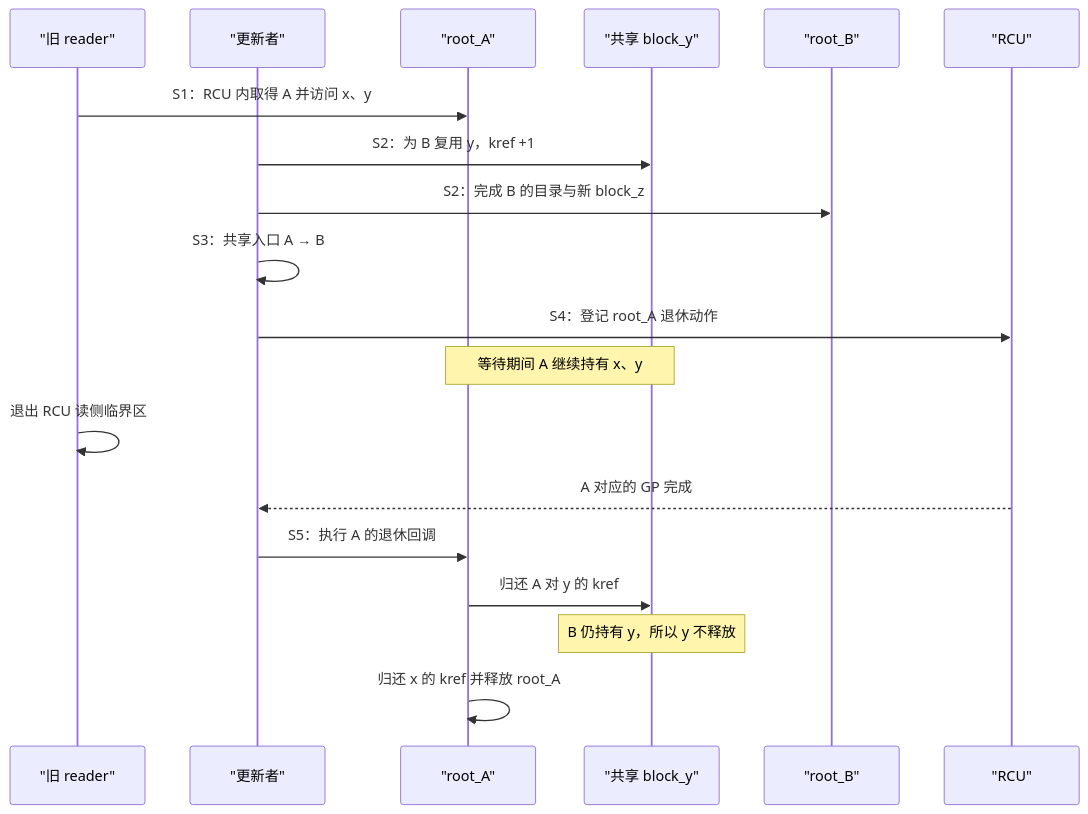
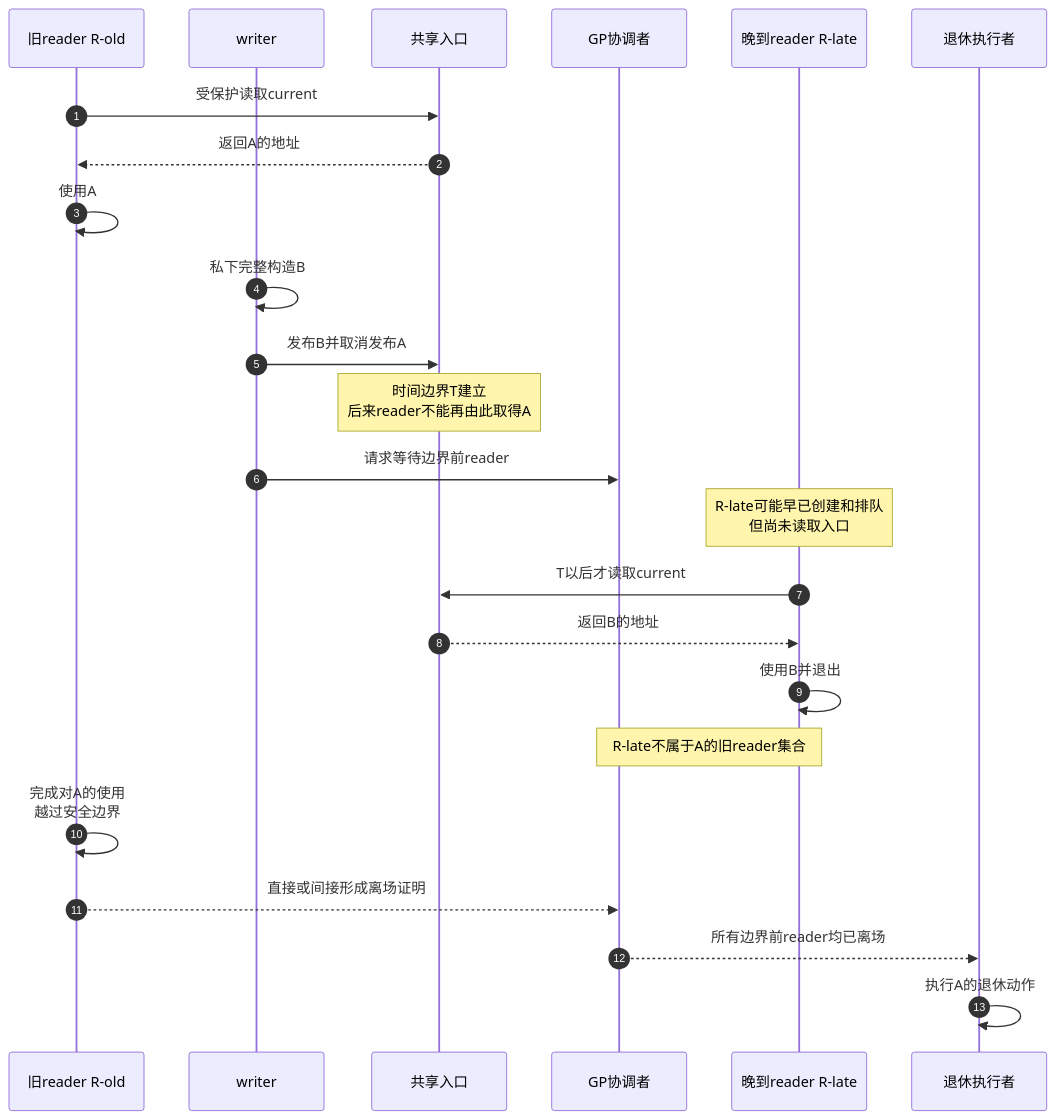
Before and after one commit to FormingSystem/linux_note: the third of 3 diagrams in knowledge/linux/synchronization/rcu/P02_RCU_抽象机制推演.md, drawn with Mermaid. The commit also changed other lines of this file and 65 other files, not shown here.

````diff
--- a/knowledge/linux/synchronization/rcu/P02_RCU_抽象机制推演.md
+++ b/knowledge/linux/synchronization/rcu/P02_RCU_抽象机制推演.md
@@ -150,22 +200,31 @@
 ```mermaid
 sequenceDiagram
-    participant R as "旧 reader"
-    participant W as "更新者"
-    participant A as "root_A"
-    participant Y as "共享 block_y"
-    participant B as "root_B"
-    participant GP as "RCU"
+    autonumber
 
-    R->>A: S1：RCU 内取得 A 并访问 x、y
-    W->>Y: S2：为 B 复用 y，kref +1
-    W->>B: S2：完成 B 的目录与新 block_z
-    W->>W: S3：共享入口 A → B
-    W->>GP: S4：登记 root_A 退休动作
-    Note over A,Y: 等待期间 A 继续持有 x、y
-    R->>R: 退出 RCU 读侧临界区
-    GP-->>W: A 对应的 GP 完成
-    W->>A: S5：执行 A 的退休回调
-    A->>Y: 归还 A 对 y 的 kref
-    Note over Y: B 仍持有 y，所以 y 不释放
-    A->>A: 归还 x 的 kref 并释放 root_A
+    participant O as 旧reader R-old
+    participant W as writer
+    participant E as 共享入口
+    participant G as GP协调者
+    participant N as 晚到reader R-late
+    participant X as 退休执行者
+
+    O->>E: 受保护读取current
+    E-->>O: 返回A的地址
+    O->>O: 使用A
+
+    W->>W: 私下完整构造B
+    W->>E: 发布B并取消发布A
+    Note over E: 时间边界T建立<br/>后来reader不能再由此取得A
+
+    W->>G: 请求等待边界前reader
+    Note over N: R-late可能早已创建和排队<br/>但尚未读取入口
+    N->>E: T以后才读取current
+    E-->>N: 返回B的地址
+    N->>N: 使用B并退出
+    Note over G,N: R-late不属于A的旧reader集合
+
+    O->>O: 完成对A的使用<br/>越过安全边界
+    O-->>G: 直接或间接形成离场证明
+    G-->>X: 所有边界前reader均已离场
+    X->>X: 执行A的退休动作
 ```
````
